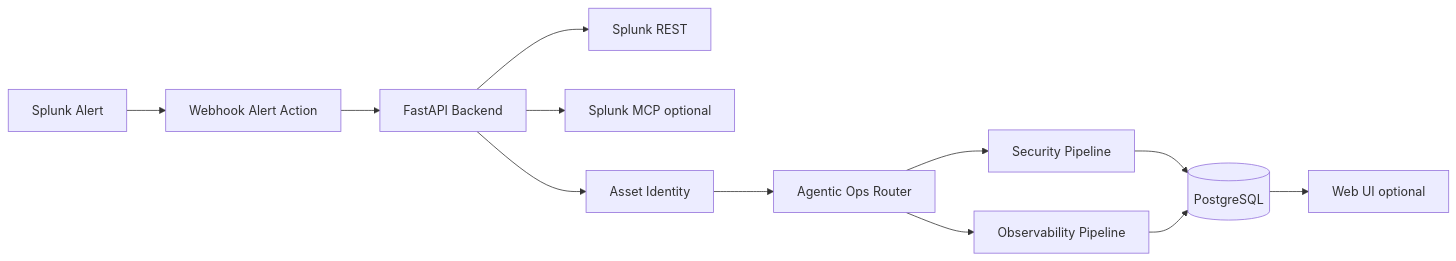
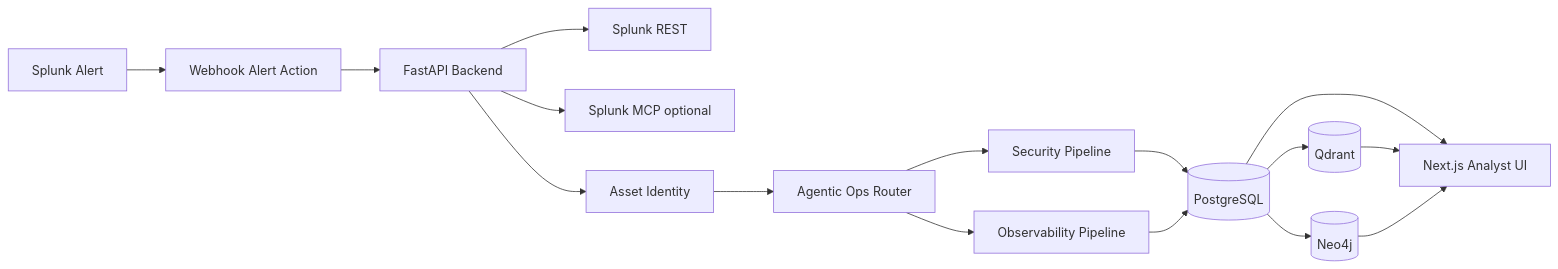
Before and after one commit to Sepideh-Asadollahi/ThinkingSOC-splunk-hackathon: the diagram in docs/06-hld-high-level-design.md, drawn with Mermaid. The commit also changed other lines of this file and 55 other files, not shown here.

````diff
--- a/docs/06-hld-high-level-design.md
+++ b/docs/06-hld-high-level-design.md
@@ -20,26 +20,32 @@
 ```mermaid
 flowchart LR
   SplunkAlert[Splunk Alert]
   Webhook[Webhook Alert Action]
   Backend[FastAPI Backend]
   Rest[Splunk REST]
   MCP[Splunk MCP optional]
   Identity[Asset Identity]
   Router[Agentic Ops Router]
   Security[Security Pipeline]
   Observability[Observability Pipeline]
   Postgres[(PostgreSQL)]
-  UI[Web UI optional]
+  Qdrant[(Qdrant)]
+  Neo4j[(Neo4j)]
+  UI[Next.js Analyst UI]
 
   SplunkAlert --> Webhook
   Webhook --> Backend
   Backend --> Rest
   Backend --> MCP
   Backend --> Identity
   Identity --> Router
   Router --> Security
   Router --> Observability
   Security --> Postgres
   Observability --> Postgres
+  Postgres --> Qdrant
+  Postgres --> Neo4j
   Postgres --> UI
+  Qdrant --> UI
+  Neo4j --> UI
 ```
````
